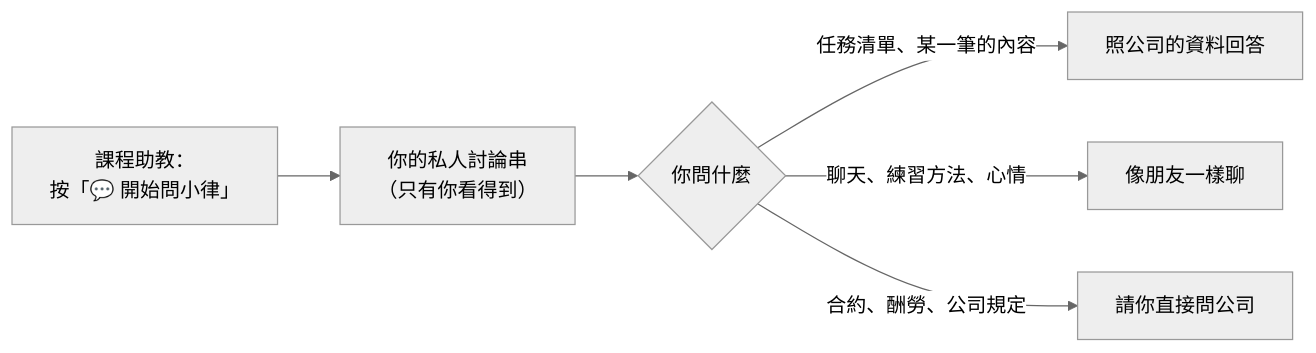
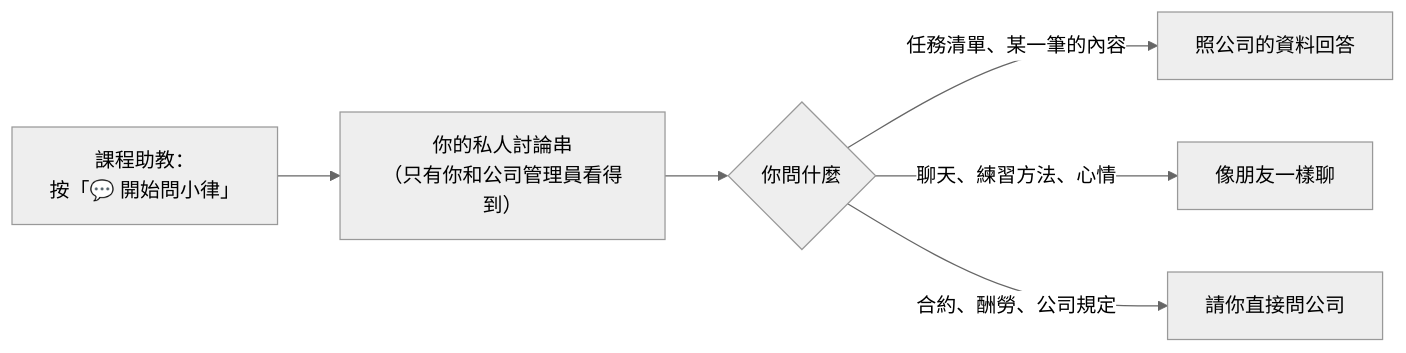
Before and after one commit to johnnysun0621/kari-kari-ai-ops: the sixth of 6 diagrams in docs/sop/ARTIST_SOP.md, drawn with Mermaid (neutral theme). The commit also changed other lines of this file and 8 other files, not shown here.

````diff
--- a/docs/sop/ARTIST_SOP.md
+++ b/docs/sop/ARTIST_SOP.md
@@ -478,8 +478,8 @@
 ```mermaid
 flowchart LR
-  A["課程助教：<br/>按「💬 開始問小律」"] --> B["你的私人討論串<br/>（只有你看得到）"]
+  A["課程助教：<br/>按「💬 開始問小律」"] --> B["你的私人討論串<br/>（只有你和公司管理員看得到）"]
   B --> C{"你問什麼"}
   C -- "任務清單、某一筆的內容" --> D["照公司的資料回答"]
   C -- "聊天、練習方法、心情" --> E["像朋友一樣聊"]
   C -- "合約、酬勞、公司規定" --> F["請你直接問公司"]
 ```
````
